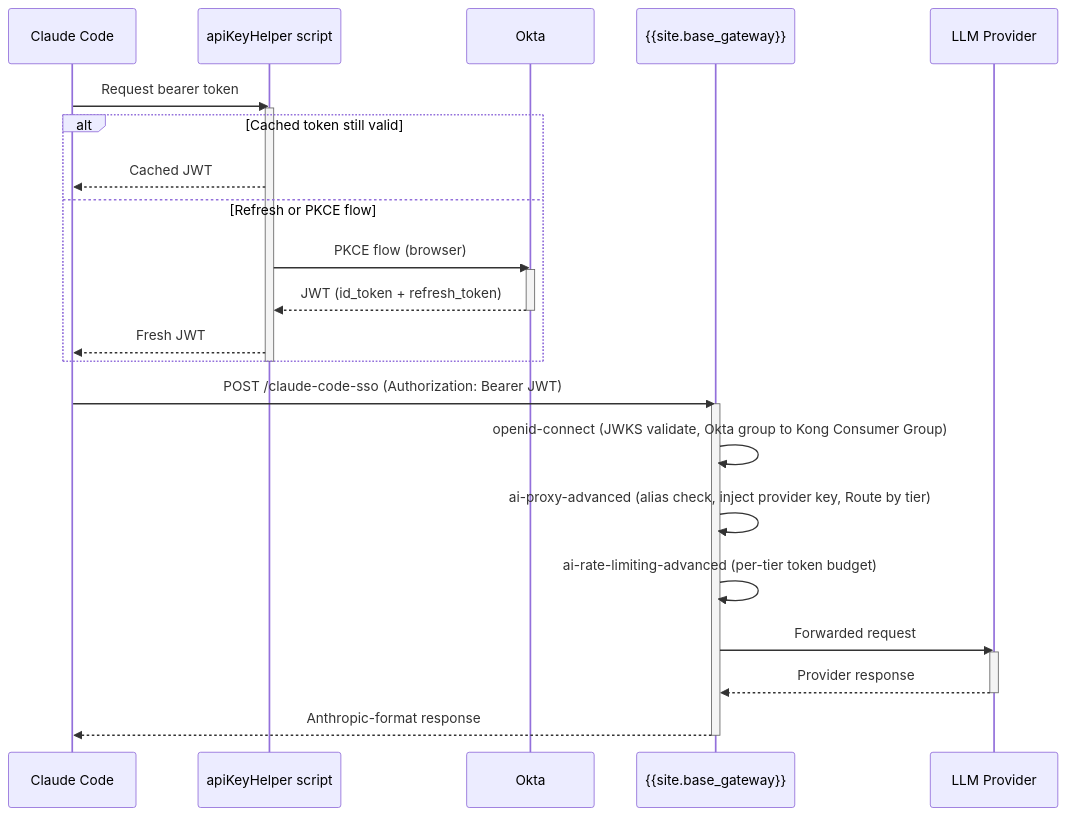
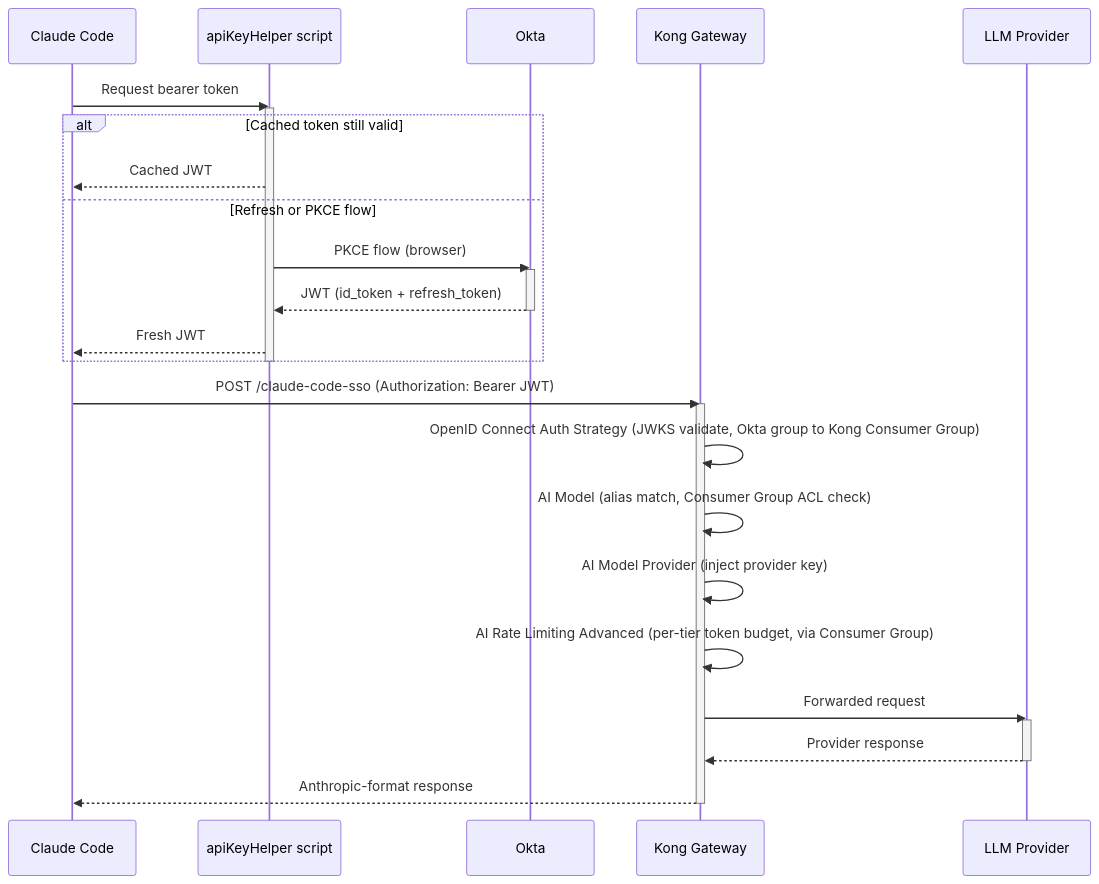
Before and after one commit to Kong/developer.konghq.com: the diagram in app/_cookbooks/claude-code-sso.md, drawn with Mermaid. The commit also changed other lines of this file and 11 other files, not shown here.

```diff
--- a/app/_cookbooks/claude-code-sso.md
+++ b/app/_cookbooks/claude-code-sso.md
@@ -501,33 +539,34 @@
 {% mermaid %}
 sequenceDiagram
     participant CC as Claude Code
     participant H as apiKeyHelper script
     participant O as Okta
-    participant K as {{site.base_gateway}}
+    participant K as Kong Gateway
     participant L as LLM Provider
 
     CC->>H: Request bearer token
     activate H
     alt Cached token still valid
         H-->>CC: Cached JWT
     else Refresh or PKCE flow
         H->>O: PKCE flow (browser)
         activate O
         O-->>H: JWT (id_token + refresh_token)
         deactivate O
         H-->>CC: Fresh JWT
     end
     deactivate H
 
     CC->>K: POST /claude-code-sso (Authorization: Bearer JWT)
     activate K
-    K->>K: openid-connect (JWKS validate, Okta group to Kong Consumer Group)
-    K->>K: ai-proxy-advanced (alias check, inject provider key, Route by tier)
-    K->>K: ai-rate-limiting-advanced (per-tier token budget)
+    K->>K: OpenID Connect Auth Strategy (JWKS validate, Okta group to Kong Consumer Group)
+    K->>K: AI Model (alias match, Consumer Group ACL check)
+    K->>K: AI Model Provider (inject provider key)
+    K->>K: AI Rate Limiting Advanced (per-tier token budget, via Consumer Group)
     K->>L: Forwarded request
     activate L
     L-->>K: Provider response
     deactivate L
     K-->>CC: Anthropic-format response
     deactivate K
 {% endmermaid %}
```
